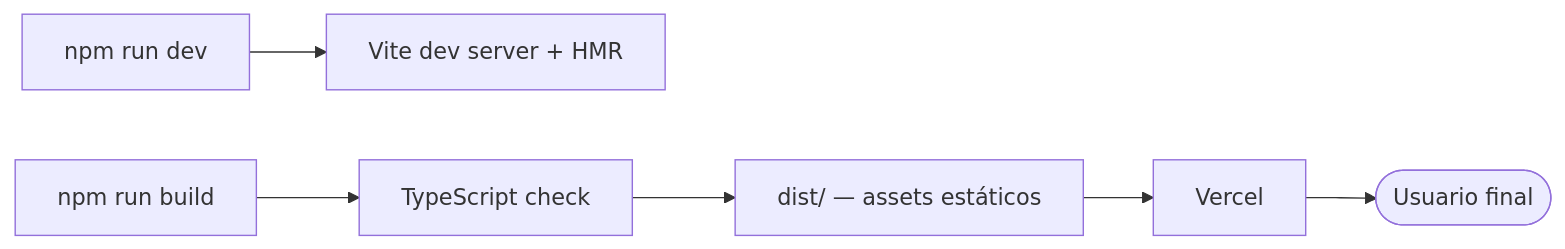
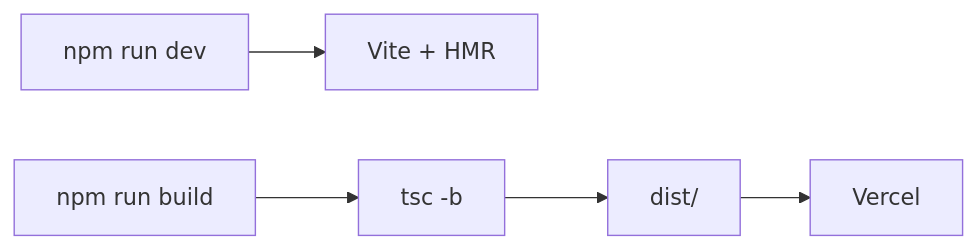
The sixth of 6 diagrams in docs/DIAGRAMA-FLUJO.md (augusto0111/SynecT), drawn with Mermaid before and after one commit. The commit also changed other lines of this file and 3 other files, not shown here.

````diff
--- a/docs/DIAGRAMA-FLUJO.md
+++ b/docs/DIAGRAMA-FLUJO.md
@@ -313,8 +208,7 @@
 ```mermaid
 flowchart LR
-    DEV[npm run dev] --> VITE[Vite dev server + HMR]
-    BUILD[npm run build] --> TSC[TypeScript check]
-    TSC --> DIST[dist/ — assets estáticos]
+    DEV[npm run dev] --> VITE[Vite + HMR]
+    BUILD[npm run build] --> TSC[tsc -b]
+    TSC --> DIST[dist/]
     DIST --> VERCEL[Vercel]
-    VERCEL --> USER([Usuario final])
 ```
````
